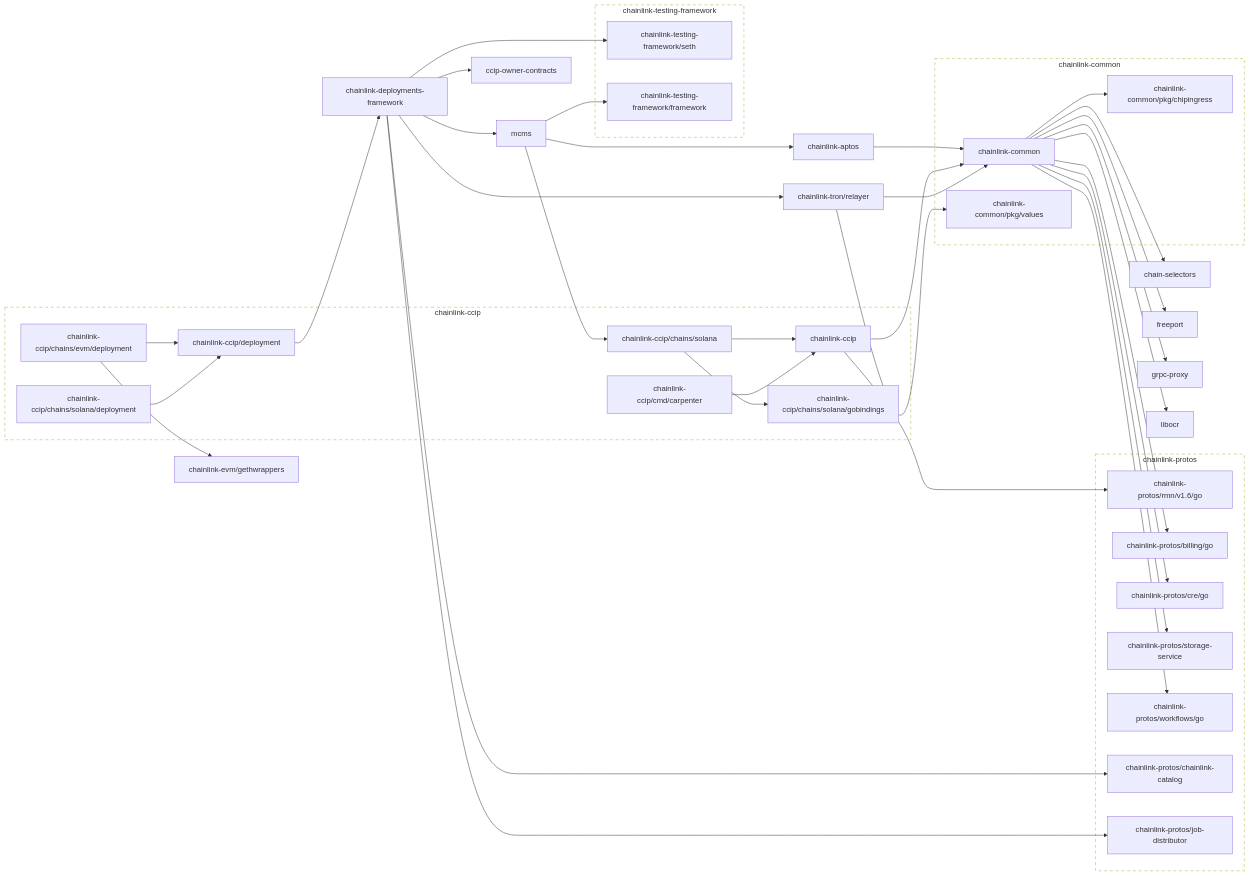
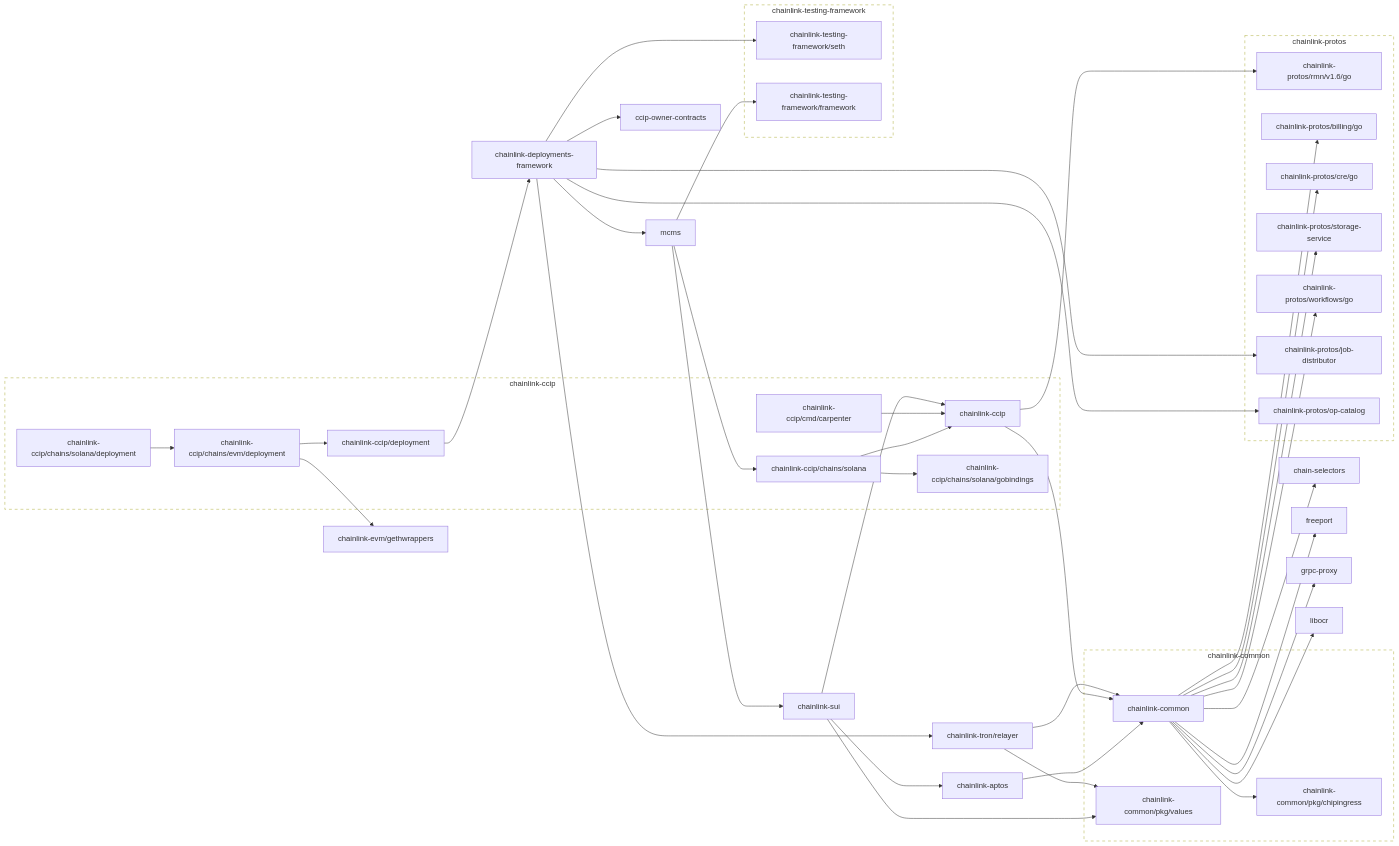
The second of 2 diagrams in go.md (smartcontractkit/chainlink-ccip), drawn with Mermaid before and after one commit.

```diff
--- a/go.md
+++ b/go.md
@@ -74,7 +74,7 @@
 	chainlink-ccip/chains/solana --> chainlink-ccip
 	chainlink-ccip/chains/solana --> chainlink-ccip/chains/solana/gobindings
 	click chainlink-ccip/chains/solana href "https://github.com/smartcontractkit/chainlink-ccip"
-	chainlink-ccip/chains/solana/deployment --> chainlink-ccip/deployment
+	chainlink-ccip/chains/solana/deployment --> chainlink-ccip/chains/evm/deployment
 	click chainlink-ccip/chains/solana/deployment href "https://github.com/smartcontractkit/chainlink-ccip"
 	chainlink-ccip/chains/solana/gobindings
 	click chainlink-ccip/chains/solana/gobindings href "https://github.com/smartcontractkit/chainlink-ccip"
@@ -97,8 +97,8 @@
 	chainlink-common/pkg/values
 	click chainlink-common/pkg/values href "https://github.com/smartcontractkit/chainlink-common"
 	chainlink-deployments-framework --> ccip-owner-contracts
-	chainlink-deployments-framework --> chainlink-protos/chainlink-catalog
 	chainlink-deployments-framework --> chainlink-protos/job-distributor
+	chainlink-deployments-framework --> chainlink-protos/op-catalog
 	chainlink-deployments-framework --> chainlink-testing-framework/seth
 	chainlink-deployments-framework --> chainlink-tron/relayer
 	chainlink-deployments-framework --> mcms
@@ -107,18 +107,22 @@
 	click chainlink-evm/gethwrappers href "https://github.com/smartcontractkit/chainlink-evm"
 	chainlink-protos/billing/go
 	click chainlink-protos/billing/go href "https://github.com/smartcontractkit/chainlink-protos"
-	chainlink-protos/chainlink-catalog
-	click chainlink-protos/chainlink-catalog href "https://github.com/smartcontractkit/chainlink-protos"
 	chainlink-protos/cre/go
 	click chainlink-protos/cre/go href "https://github.com/smartcontractkit/chainlink-protos"
 	chainlink-protos/job-distributor
 	click chainlink-protos/job-distributor href "https://github.com/smartcontractkit/chainlink-protos"
+	chainlink-protos/op-catalog
+	click chainlink-protos/op-catalog href "https://github.com/smartcontractkit/chainlink-protos"
 	chainlink-protos/rmn/v1.6/go
 	click chainlink-protos/rmn/v1.6/go href "https://github.com/smartcontractkit/chainlink-protos"
 	chainlink-protos/storage-service
 	click chainlink-protos/storage-service href "https://github.com/smartcontractkit/chainlink-protos"
 	chainlink-protos/workflows/go
 	click chainlink-protos/workflows/go href "https://github.com/smartcontractkit/chainlink-protos"
+	chainlink-sui --> chainlink-aptos
+	chainlink-sui --> chainlink-ccip
+	chainlink-sui --> chainlink-common/pkg/values
+	click chainlink-sui href "https://github.com/smartcontractkit/chainlink-sui"
 	chainlink-testing-framework/framework
 	click chainlink-testing-framework/framework href "https://github.com/smartcontractkit/chainlink-testing-framework"
 	chainlink-testing-framework/seth
@@ -132,8 +136,8 @@
 	click grpc-proxy href "https://github.com/smartcontractkit/grpc-proxy"
 	libocr
 	click libocr href "https://github.com/smartcontractkit/libocr"
-	mcms --> chainlink-aptos
 	mcms --> chainlink-ccip/chains/solana
+	mcms --> chainlink-sui
 	mcms --> chainlink-testing-framework/framework
 	click mcms href "https://github.com/smartcontractkit/mcms"
 
@@ -157,9 +161,9 @@
 
 	subgraph chainlink-protos-repo[chainlink-protos]
 		 chainlink-protos/billing/go
-		 chainlink-protos/chainlink-catalog
 		 chainlink-protos/cre/go
 		 chainlink-protos/job-distributor
+		 chainlink-protos/op-catalog
 		 chainlink-protos/rmn/v1.6/go
 		 chainlink-protos/storage-service
 		 chainlink-protos/workflows/go
```
